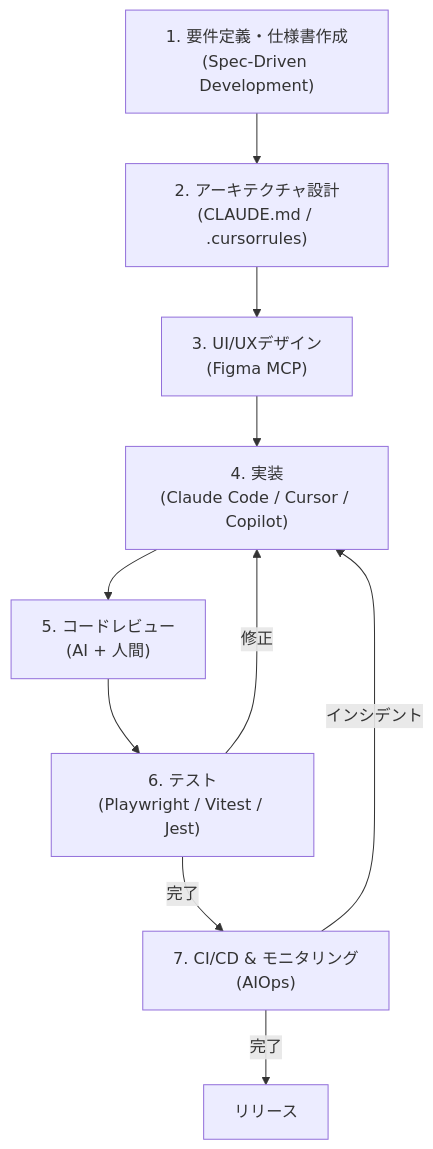
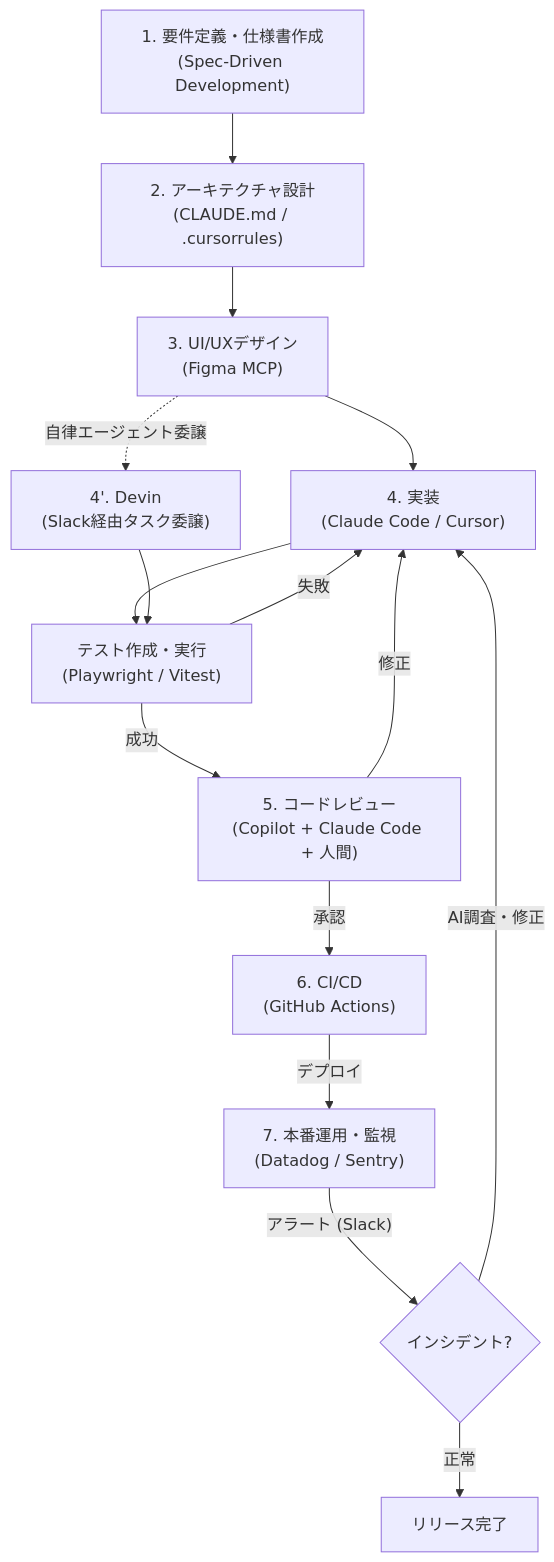
The fourth of 13 diagrams in AI駆動開発.md (takuma39/ai), drawn with Mermaid before and after one commit. The commit also changed other lines of this file, not shown here.

````diff
--- a/AI駆動開発.md
+++ b/AI駆動開発.md
@@ -193,12 +193,17 @@
 ```mermaid
 flowchart TD
     A["1. 要件定義・仕様書作成<br/>(Spec-Driven Development)"] --> B["2. アーキテクチャ設計<br/>(CLAUDE.md / .cursorrules)"]
     B --> C["3. UI/UXデザイン<br/>(Figma MCP)"]
-    C --> D["4. 実装<br/>(Claude Code / Cursor / Copilot)"]
-    D --> E["5. コードレビュー<br/>(AI + 人間)"]
-    E --> F["6. テスト<br/>(Playwright / Vitest / Jest)"]
-    F -->|修正| D
-    F -->|完了| G["7. CI/CD & モニタリング<br/>(AIOps)"]
-    G -->|インシデント| D
-    G -->|完了| H["リリース"]
+    C --> D["4. 実装<br/>(Claude Code / Cursor)"]
+    C -.->|"自律エージェント委譲"| D2["4'. Devin<br/>(Slack経由タスク委譲)"]
+    D --> T["テスト作成・実行<br/>(Playwright / Vitest)"]
+    D2 --> T
+    T -->|"失敗"| D
+    T -->|"成功"| E["5. コードレビュー<br/>(Copilot + Claude Code + 人間)"]
+    E -->|修正| D
+    E -->|承認| F["6. CI/CD<br/>(GitHub Actions)"]
+    F -->|デプロイ| G["7. 本番運用・監視<br/>(Datadog / Sentry)"]
+    G -->|"アラート (Slack)"| H{"インシデント?"}
+    H -->|"AI調査・修正"| D
+    H -->|"正常"| I["リリース完了"]
 ```
````
